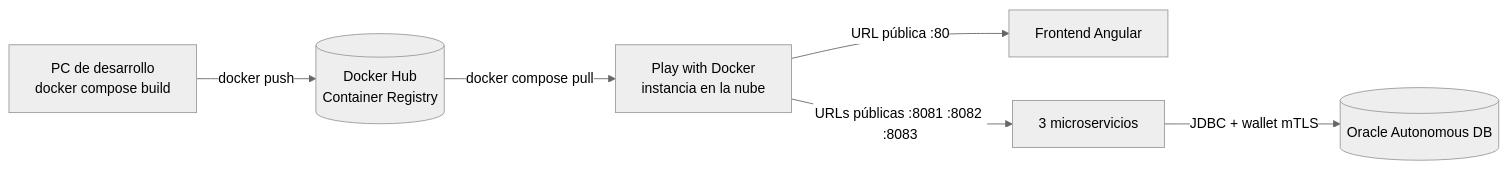
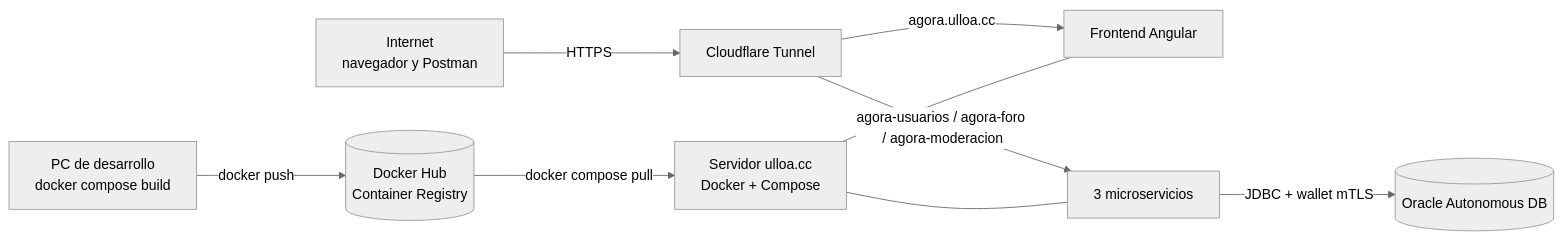
One commit to rodolfoulloa/FS3_Exp2_S5_ForoEnLinea changed the diagram in docs/despliegue-nube.md. Above: the diagram before and after it, drawn with Mermaid (neutral theme). The commit also changed other lines of this file and 5 other files, not shown here.

First line of the commit message:
feat(docker): despliegue en la nube en el servidor ulloa.cc

````diff
--- a/docs/despliegue-nube.md
+++ b/docs/despliegue-nube.md
@@ -9,8 +20,11 @@
 ```mermaid
 flowchart LR
     DEV[PC de desarrollo<br/>docker compose build] -->|docker push| HUB[(Docker Hub<br/>Container Registry)]
-    HUB -->|docker compose pull| PWD[Play with Docker<br/>instancia en la nube]
-    PWD -->|URL pública :80| FE[Frontend Angular]
-    PWD -->|URLs públicas :8081 :8082 :8083| MS[3 microservicios]
+    HUB -->|docker compose pull| SRV[Servidor ulloa.cc<br/>Docker + Compose]
+    INET[Internet<br/>navegador y Postman] -->|HTTPS| CF[Cloudflare Tunnel]
+    CF -->|agora.ulloa.cc| FE[Frontend Angular]
+    CF -->|agora-usuarios / agora-foro / agora-moderacion| MS[3 microservicios]
+    SRV --- FE
+    SRV --- MS
     MS -->|JDBC + wallet mTLS| ORA[(Oracle Autonomous DB)]
 ```
````
